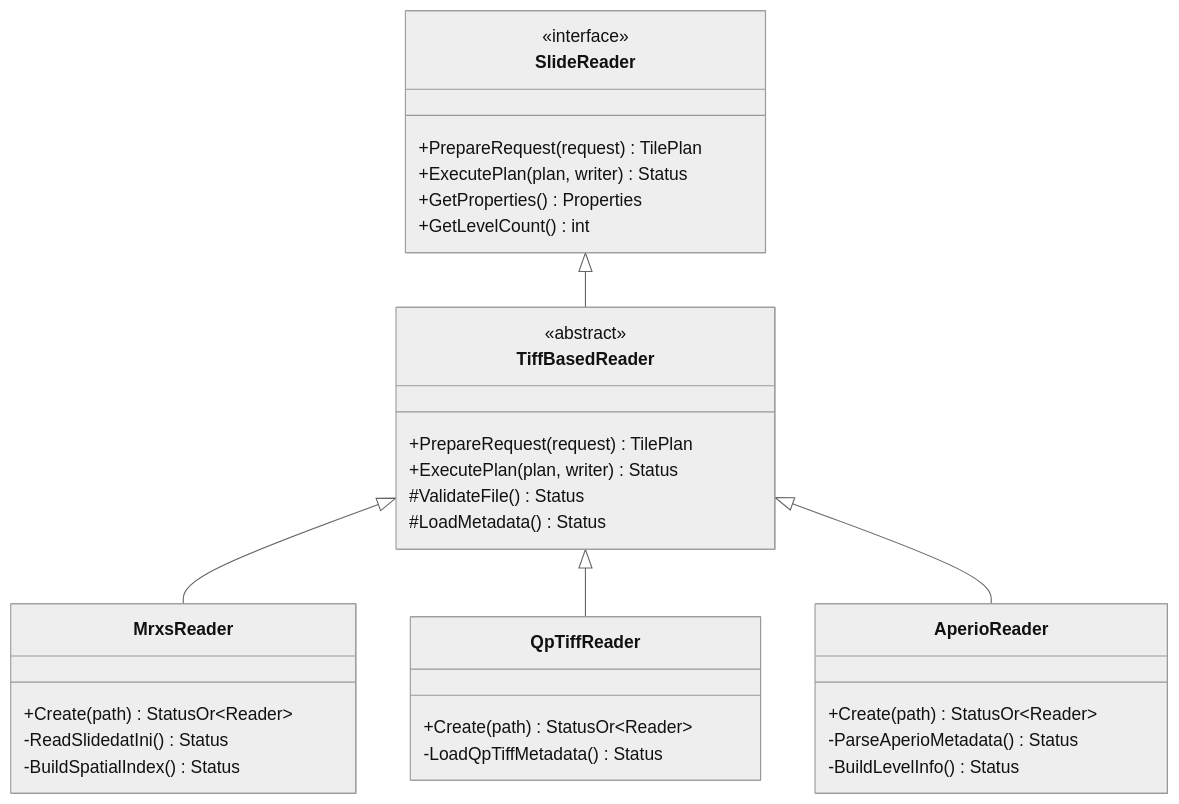
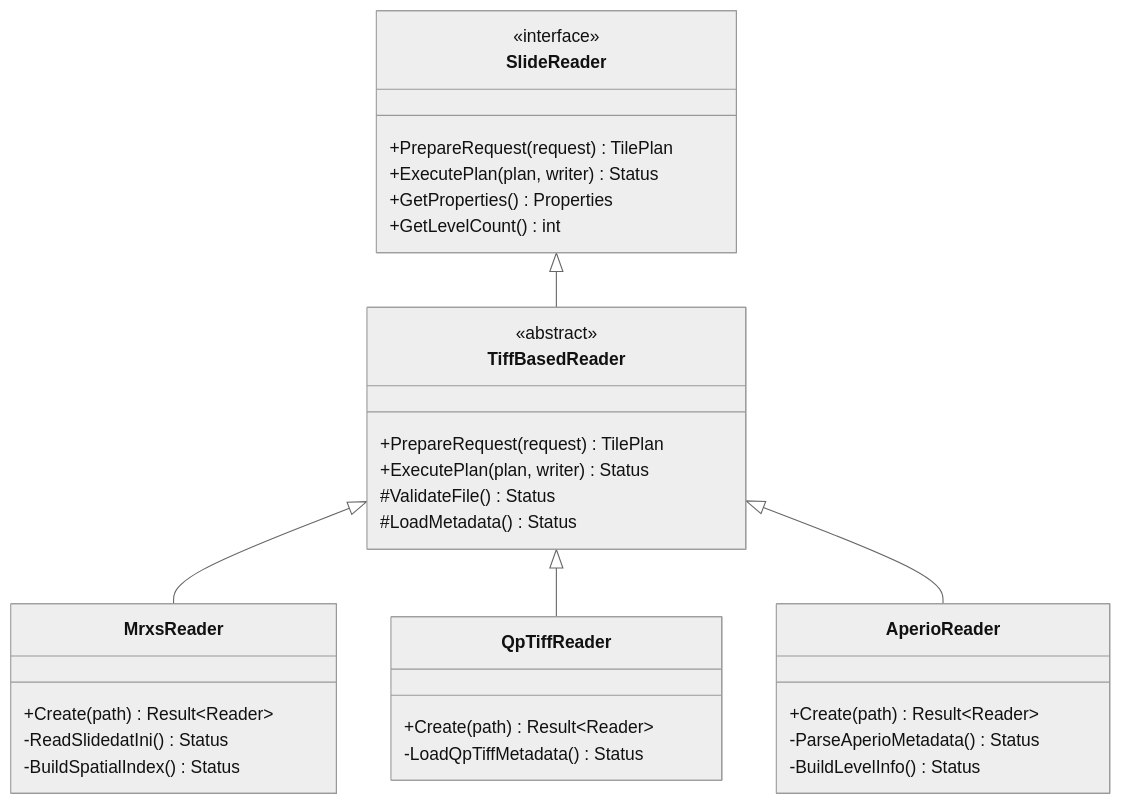
Before and after one commit to NKI-AI/fastslide: the sixth of 6 diagrams in docs/source/architecture.rst, drawn with Mermaid (neutral theme). The commit also changed other lines of this file and 50 other files, not shown here.

```diff
--- a/docs/source/architecture.rst
+++ b/docs/source/architecture.rst
@@ -737,40 +735,40 @@
 .. mermaid::
 
    classDiagram
        class SlideReader {
            <<interface>>
            +PrepareRequest(request) TilePlan
            +ExecutePlan(plan, writer) Status
            +GetProperties() Properties
            +GetLevelCount() int
        }
        
        class TiffBasedReader {
            <<abstract>>
            +PrepareRequest(request) TilePlan
            +ExecutePlan(plan, writer) Status
            #ValidateFile() Status
            #LoadMetadata() Status
        }
        
        class MrxsReader {
-           +Create(path) StatusOr~Reader~
+           +Create(path) Result~Reader~
            -ReadSlidedatIni() Status
            -BuildSpatialIndex() Status
        }
        
        class QpTiffReader {
-           +Create(path) StatusOr~Reader~
+           +Create(path) Result~Reader~
            -LoadQpTiffMetadata() Status
        }
        
        class AperioReader {
-           +Create(path) StatusOr~Reader~
+           +Create(path) Result~Reader~
            -ParseAperioMetadata() Status
            -BuildLevelInfo() Status
        }
        
        SlideReader <|-- TiffBasedReader
        TiffBasedReader <|-- MrxsReader
        TiffBasedReader <|-- QpTiffReader  
        TiffBasedReader <|-- AperioReader
```
